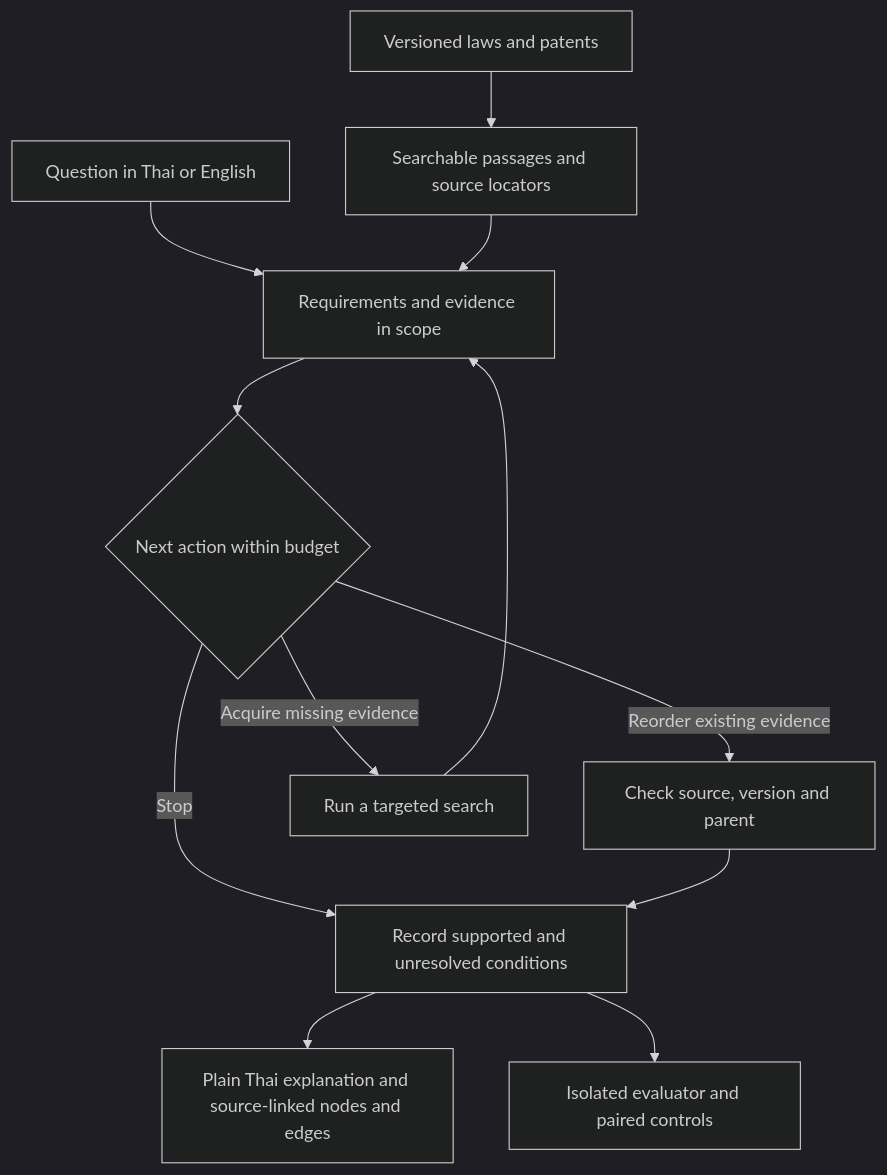
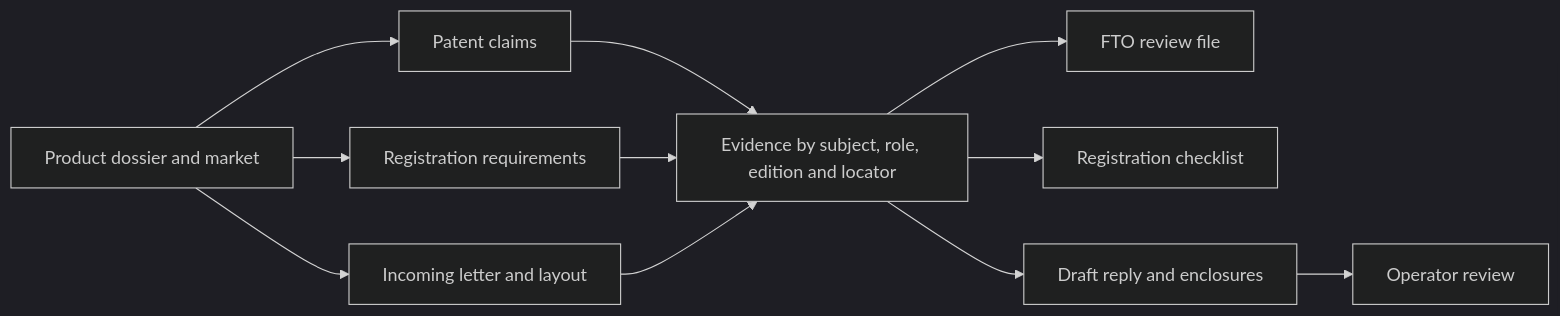
Before and after one commit to siriponsri/patent-to-pilot: the diagram in README.md, drawn with Mermaid (dark theme). The commit also changed other lines of this file and 37 other files, not shown here.

````diff
--- a/README.md
+++ b/README.md
@@ -72,14 +38,13 @@
 ```mermaid
-flowchart TD
-    Sources["Versioned laws and patents"] --> Index["Searchable passages and source locators"]
-    Query["Question in Thai or English"] --> State["Requirements and evidence in scope"]
-    Index --> State
-    State --> Decision{"Next action within budget"}
-    Decision -->|Reorder existing evidence| Check["Check source, version and parent"]
-    Decision -->|Acquire missing evidence| Search["Run a targeted search"]
-    Search --> State
-    Decision -->|Stop| Trace["Record supported and unresolved conditions"]
-    Check --> Trace
-    Trace --> Reader["Plain Thai explanation and source-linked nodes and edges"]
-    Trace --> Evaluation["Isolated evaluator and paired controls"]
+flowchart LR
+    D["Product dossier and market"] --> P["Patent claims"]
+    D --> R["Registration requirements"]
+    D --> L["Incoming letter and layout"]
+    P --> E["Evidence by subject, role, edition and locator"]
+    R --> E
+    L --> E
+    E --> C["FTO review file"]
+    E --> K["Registration checklist"]
+    E --> O["Draft reply and enclosures"]
+    O --> H["Operator review"]
 ```
````
